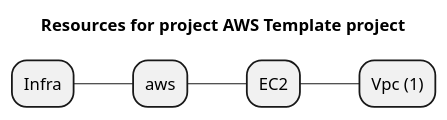
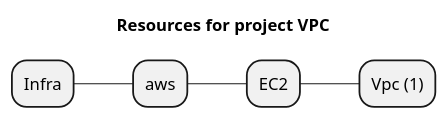
The diagram in examples/aws/ec2/vpc-simple/artifacts/resources-mindmap.puml (grucloud/grucloud), drawn with PlantUML before and after one commit. The commit also changed 10 other files, not shown here.

```diff
--- a/examples/aws/ec2/vpc-simple/artifacts/resources-mindmap.puml
+++ b/examples/aws/ec2/vpc-simple/artifacts/resources-mindmap.puml
@@ -1,8 +1,8 @@
 @startmindmap
-title Resources for project AWS Template project
+title Resources for project VPC
 skinparam monochrome true
 + Infra
 ++ aws
 +++ EC2
 ++++ Vpc (1)
 @endmindmap
```
